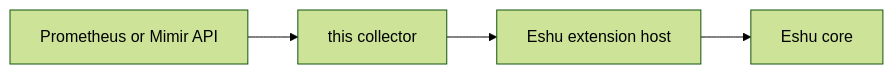
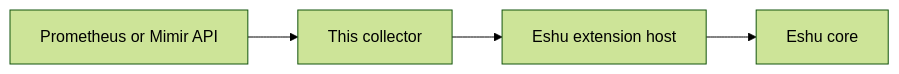
The diagram in README.md (eshu-hq/eshu-collector-prometheus-mimir), drawn with Mermaid (forest theme) before and after one commit. The commit also changed other lines of this file and 11 other files, not shown here.

````diff
--- a/README.md
+++ b/README.md
@@ -26,6 +7,6 @@
 ```mermaid
 flowchart LR
-    A[Prometheus or Mimir API] --> B[this collector]
-    B --> C[Eshu extension host]
-    C --> D[Eshu core]
+    A["Prometheus or Mimir API"] --> B["This collector"]
+    B --> C["Eshu extension host"]
+    C --> D["Eshu core"]
 ```
````
